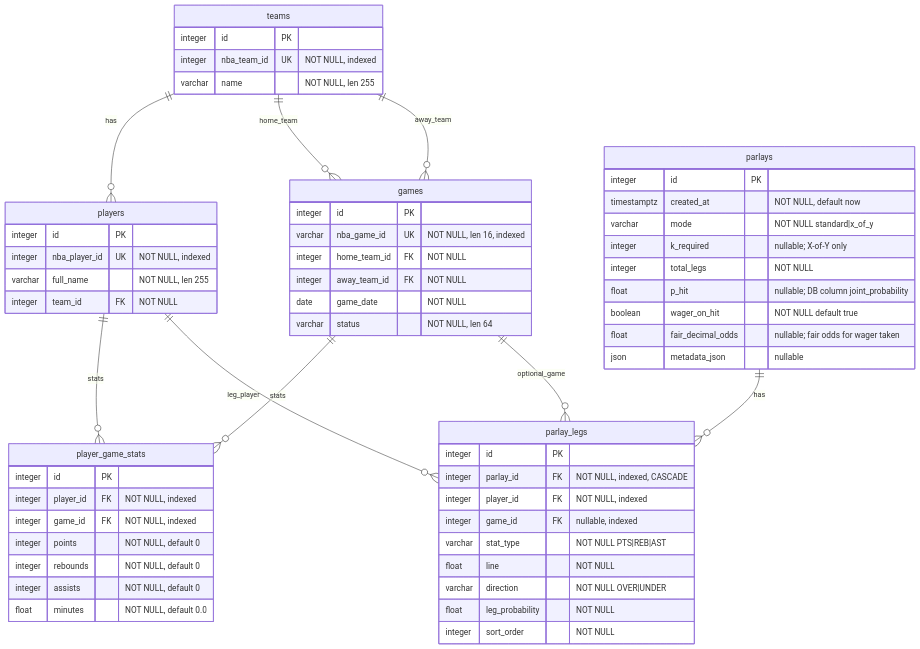
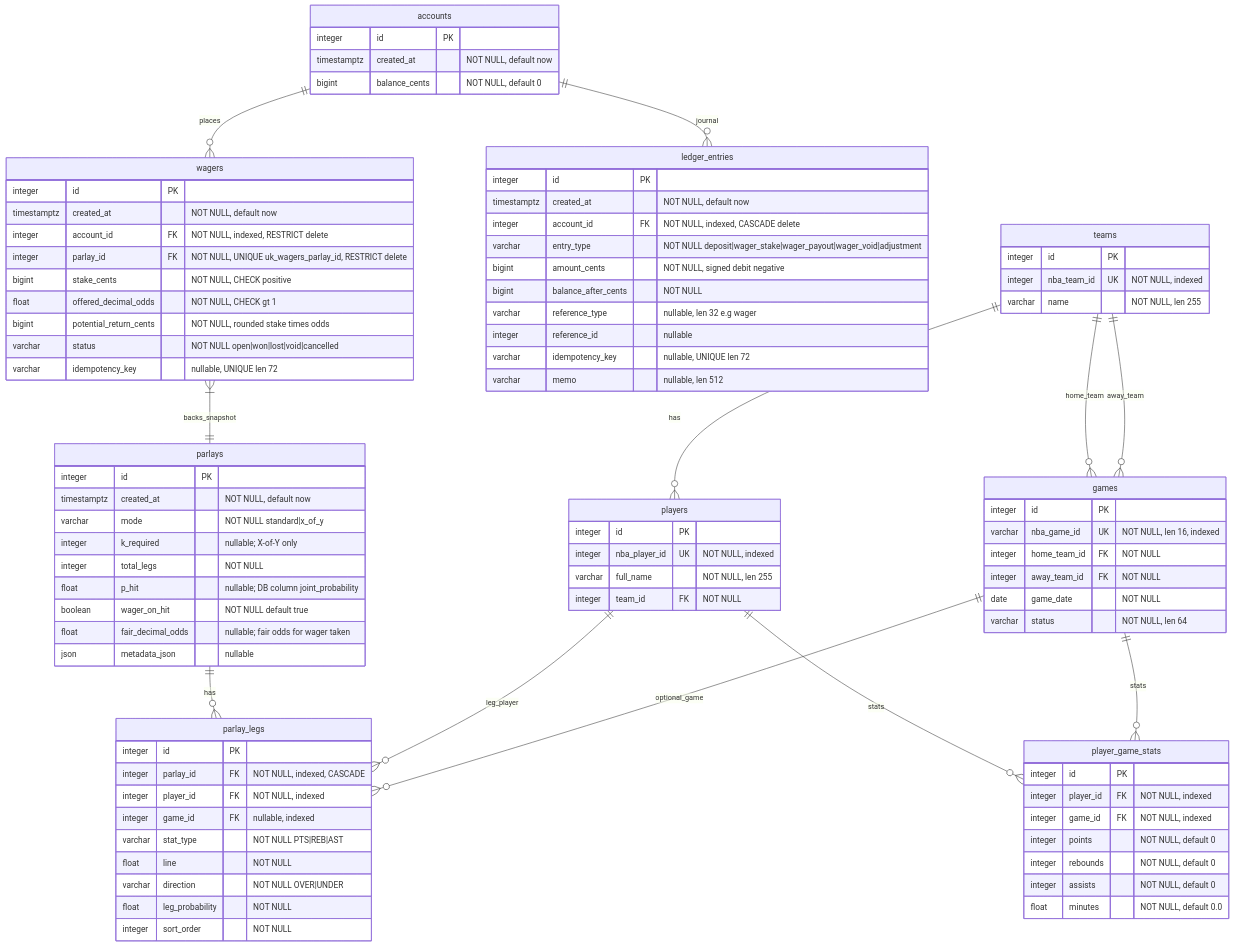
Before and after one commit to vincent0955/chudbet: the diagram in docs/schema.md, drawn with Mermaid. The commit also changed other lines of this file and 31 other files, not shown here.

```diff
--- a/docs/schema.md
+++ b/docs/schema.md
@@ -36,6 +36,25 @@
         float minutes "NOT NULL, default 0.0"
     }
 
+    accounts {
+        integer id PK
+        timestamptz created_at "NOT NULL, default now"
+        bigint balance_cents "NOT NULL, default 0"
+    }
+
+    ledger_entries {
+        integer id PK
+        timestamptz created_at "NOT NULL, default now"
+        integer account_id FK "NOT NULL, indexed, CASCADE delete"
+        varchar entry_type "NOT NULL deposit|wager_stake|wager_payout|wager_void|adjustment"
+        bigint amount_cents "NOT NULL, signed debit negative"
+        bigint balance_after_cents "NOT NULL"
+        varchar reference_type "nullable, len 32 e.g wager"
+        integer reference_id "nullable"
+        varchar idempotency_key "nullable, UNIQUE len 72"
+        varchar memo "nullable, len 512"
+    }
+
     parlays {
         integer id PK
         timestamptz created_at "NOT NULL, default now"
@@ -46,6 +65,18 @@
         boolean wager_on_hit "NOT NULL default true"
         float fair_decimal_odds "nullable; fair odds for wager taken"
         json metadata_json "nullable"
+    }
+
+    wagers {
+        integer id PK
+        timestamptz created_at "NOT NULL, default now"
+        integer account_id FK "NOT NULL, indexed, RESTRICT delete"
+        integer parlay_id FK "NOT NULL, UNIQUE uk_wagers_parlay_id, RESTRICT delete"
+        bigint stake_cents "NOT NULL, CHECK positive"
+        float offered_decimal_odds "NOT NULL, CHECK gt 1"
+        bigint potential_return_cents "NOT NULL, rounded stake times odds"
+        varchar status "NOT NULL open|won|lost|void|cancelled"
+        varchar idempotency_key "nullable, UNIQUE len 72"
     }
 
     parlay_legs {
@@ -65,6 +96,9 @@
     teams ||--o{ games : "away_team"
     players ||--o{ player_game_stats : "stats"
     games ||--o{ player_game_stats : "stats"
+    accounts ||--o{ ledger_entries : "journal"
+    accounts ||--o{ wagers : "places"
+    wagers }|--|| parlays : "backs_snapshot"
     parlays ||--o{ parlay_legs : "has"
     players ||--o{ parlay_legs : "leg_player"
     games ||--o{ parlay_legs : "optional_game"
```
